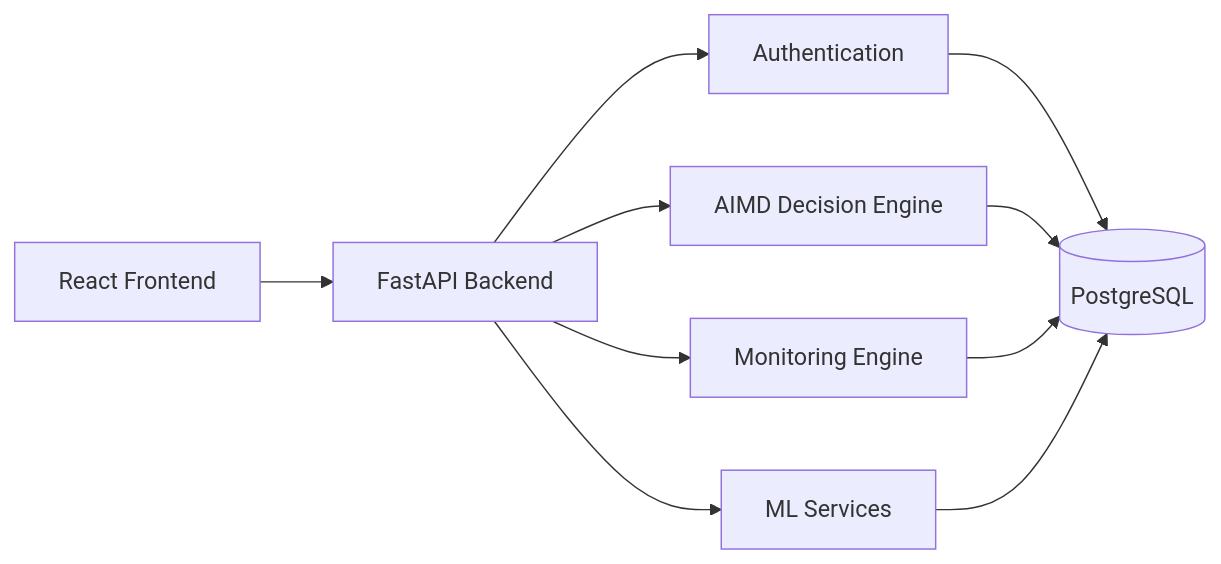
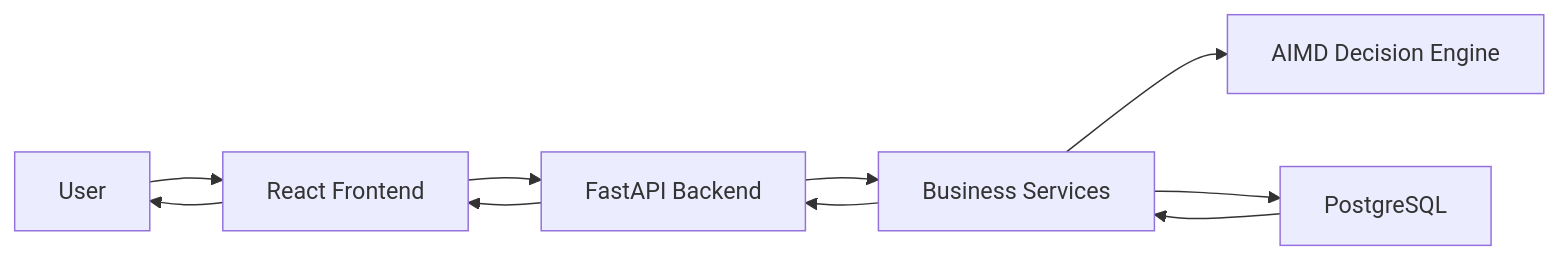
The first of 9 diagrams in docs/05-sdd.md (shailendrasinghrathore369/PhoenixML), drawn with Mermaid before and after one commit. The commit also changed other lines of this file and 6 other files, not shown here.

````diff
--- a/docs/05-sdd.md
+++ b/docs/05-sdd.md
@@ -37,35 +115,33 @@
 ```mermaid
 flowchart LR
 
-UI[React Frontend]
+User["User"]
 
-API[FastAPI Backend]
+Frontend["React Frontend"]
 
-AUTH[Authentication]
+Backend["FastAPI Backend"]
 
-AIMD[AIMD Decision Engine]
+Services["Business Services"]
 
-MONITOR[Monitoring Engine]
+AIMD["AIMD Decision Engine"]
 
-ML[ML Services]
+Database["PostgreSQL"]
 
-DB[(PostgreSQL)]
+User --> Frontend
 
-UI --> API
+Frontend --> Backend
 
-API --> AUTH
+Backend --> Services
 
-API --> AIMD
+Services --> AIMD
 
-API --> MONITOR
+Services --> Database
 
-API --> ML
+Database --> Services
 
-AUTH --> DB
+Services --> Backend
 
-AIMD --> DB
+Backend --> Frontend
 
-MONITOR --> DB
-
-ML --> DB
+Frontend --> User
 ```
````
